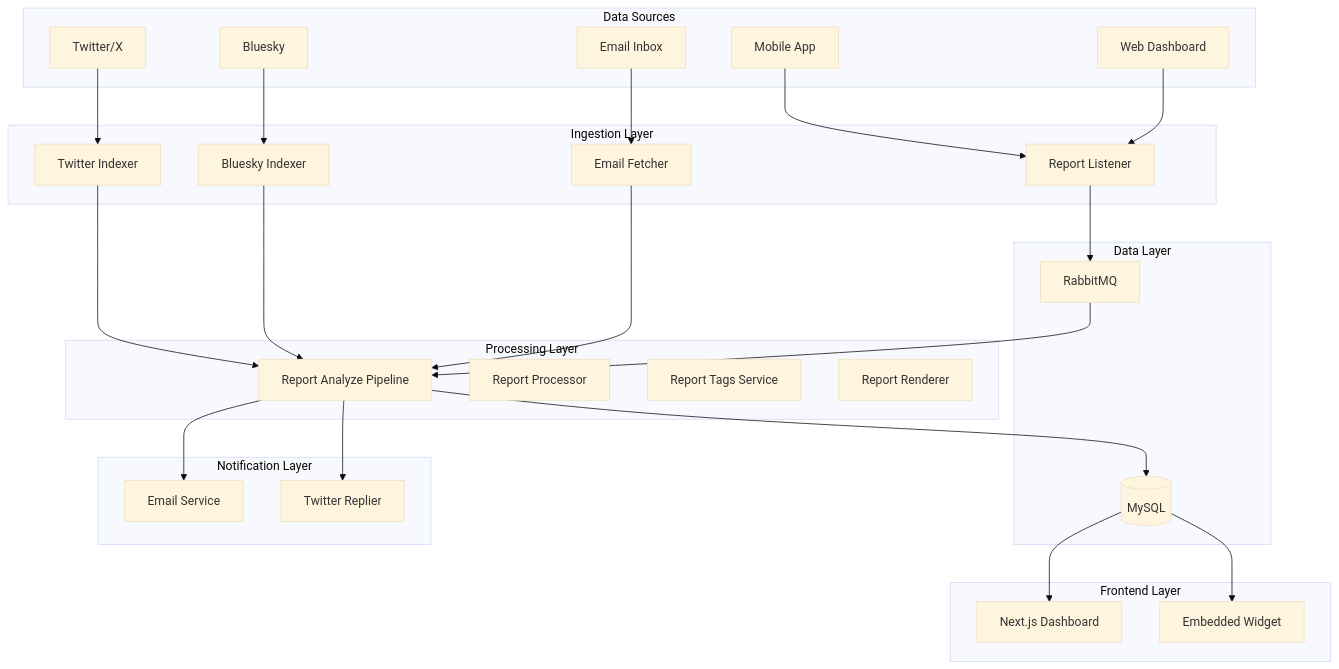
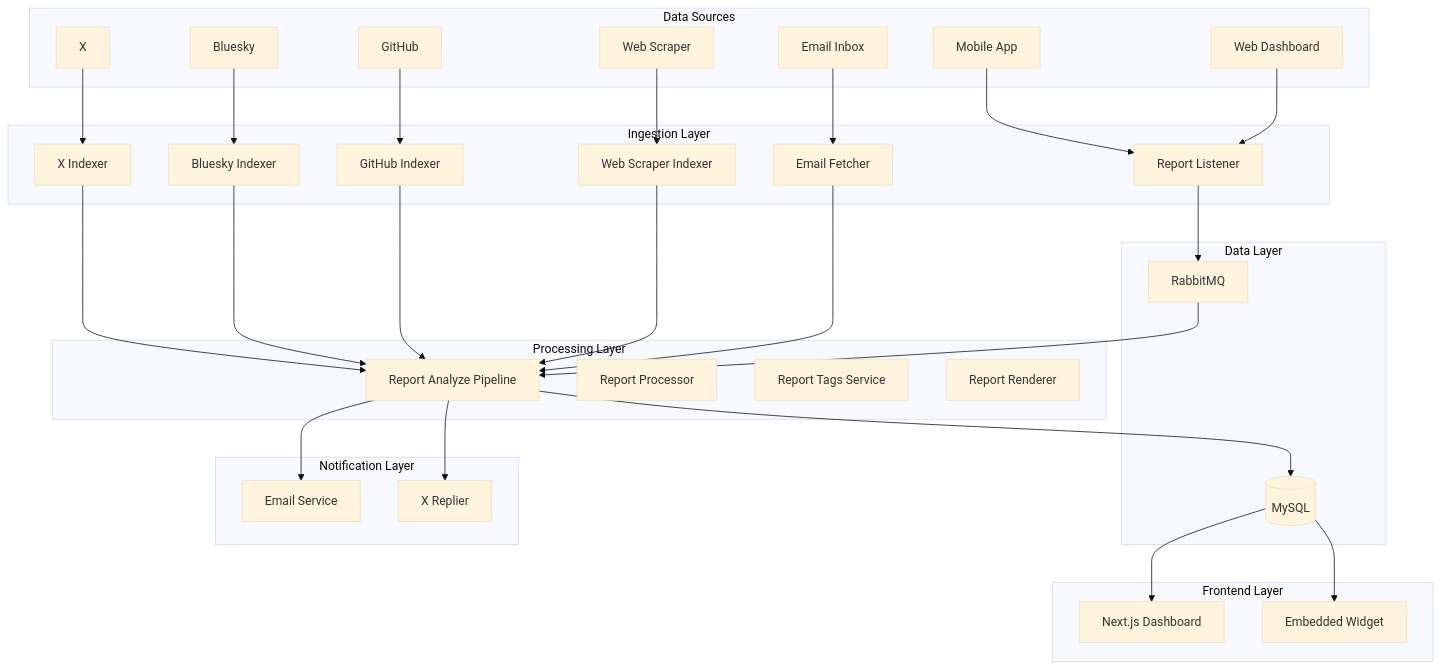
Before and after one commit to cleanappio/cleanapp_back_end_v2: the diagram in ARCHITECTURE.md, drawn with Mermaid (base theme). The commit also changed other lines of this file, not shown here.

Commit message:
docs: Update architecture diagram - add GitHub/Web sources, rename Twitter to X

````diff
--- a/ARCHITECTURE.md
+++ b/ARCHITECTURE.md
@@ -9,58 +9,66 @@
 ```mermaid
 graph TB
     subgraph "Data Sources"
         APP[Mobile App]
         WEB[Web Dashboard]
-        TW[Twitter/X]
+        XSRC[X]
         BS[Bluesky]
+        GH[GitHub]
+        WEBSCRAPE[Web Scraper]
         EMAIL[Email Inbox]
     end
     
     subgraph "Ingestion Layer"
         RL[Report Listener]
-        TI[Twitter Indexer]
+        XI[X Indexer]
         BI[Bluesky Indexer]
+        GHI[GitHub Indexer]
+        WSI[Web Scraper Indexer]
         EF[Email Fetcher]
     end
     
     subgraph "Processing Layer"
         RAP[Report Analyze Pipeline]
         RP[Report Processor]
         RTS[Report Tags Service]
         RRS[Report Renderer]
     end
     
     subgraph "Data Layer"
         DB[(MySQL)]
         RMQ[RabbitMQ]
     end
     
     subgraph "Notification Layer"
         ES[Email Service]
-        TR[Twitter Replier]
+        XR[X Replier]
     end
     
     subgraph "Frontend Layer"
         FE[Next.js Dashboard]
         EMBED[Embedded Widget]
     end
     
     APP --> RL
     WEB --> RL
-    TW --> TI
+    XSRC --> XI
     BS --> BI
+    GH --> GHI
+    WEBSCRAPE --> WSI
     EMAIL --> EF
     
-    TI --> RAP
+    XI --> RAP
     BI --> RAP
+    GHI --> RAP
+    WSI --> RAP
     EF --> RAP
     RL --> RMQ
     RMQ --> RAP
     
     RAP --> DB
     RAP --> ES
-    RAP --> TR
+    RAP --> XR
     
     DB --> FE
     DB --> EMBED
 ```
````
